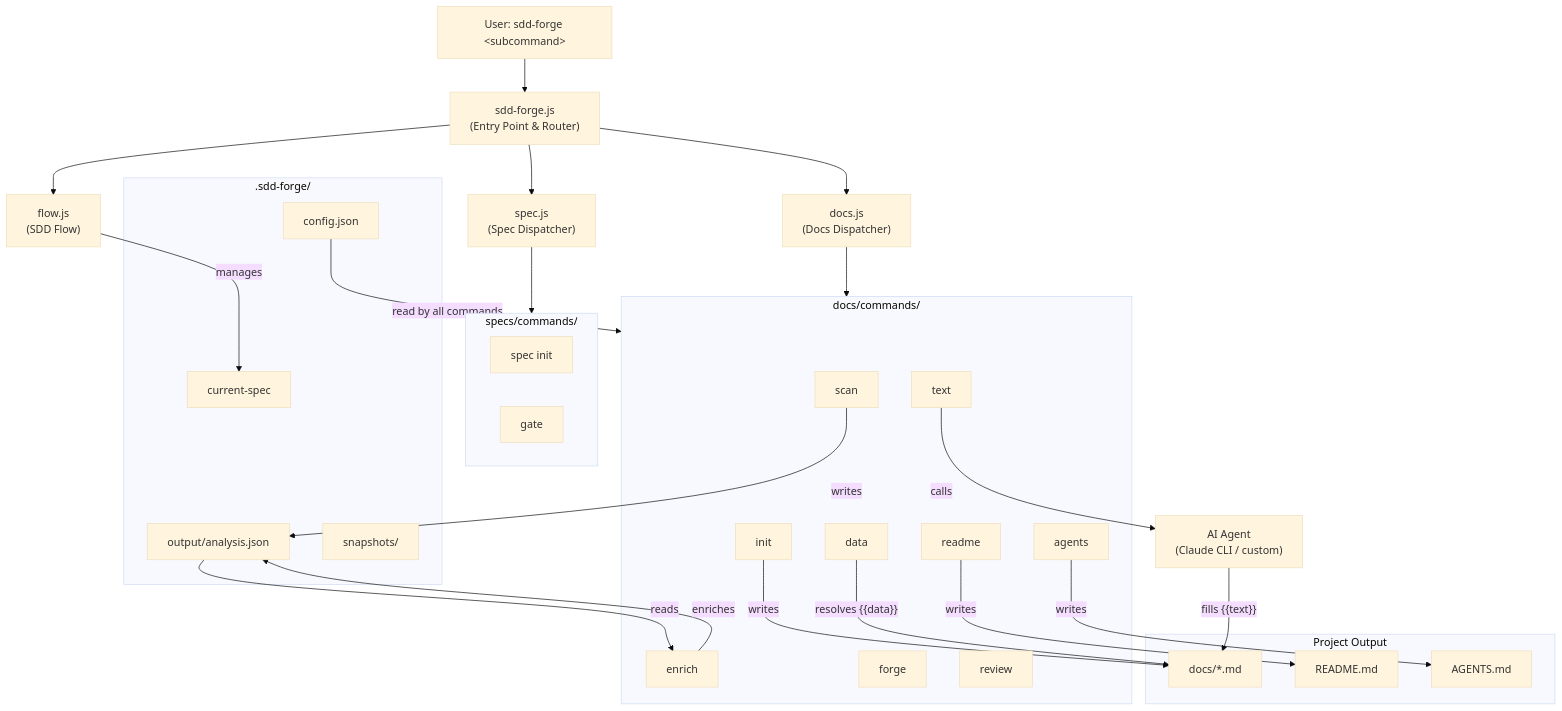
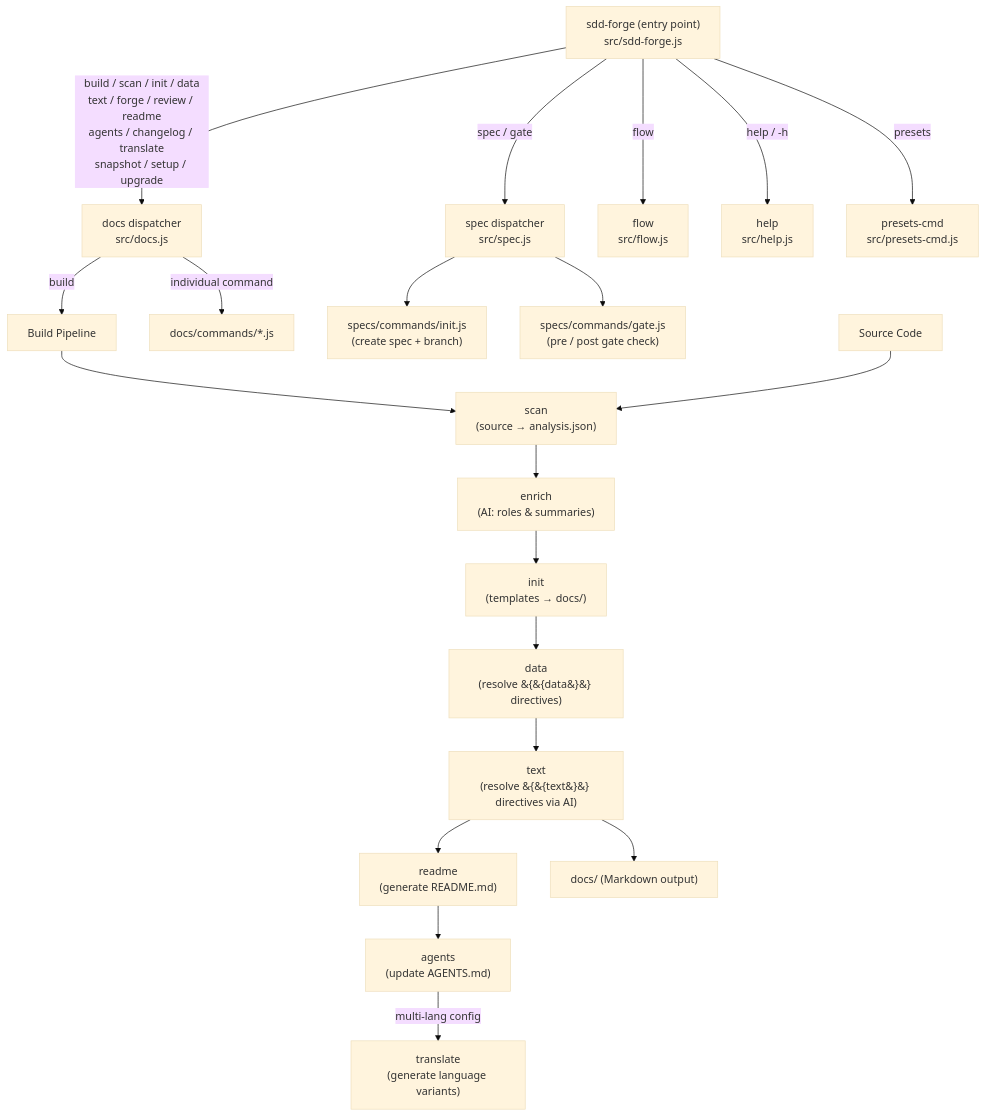
Before and after one commit to SpreadWorks/sdd-forge: the diagram in docs/overview.md, drawn with Mermaid (base theme). The commit also changed other lines of this file and 14 other files, not shown here.

First line of the commit message:
docs: regenerate docs and fix build pipeline description

````diff
--- a/docs/overview.md
+++ b/docs/overview.md
@@ -16,58 +26,28 @@
 ```mermaid
 flowchart TD
-    User["User: sdd-forge &lt;subcommand&gt;"]
-    Entry["sdd-forge.js\n(Entry Point &amp; Router)"]
-    Docs["docs.js\n(Docs Dispatcher)"]
-    Spec["spec.js\n(Spec Dispatcher)"]
-    Flow["flow.js\n(SDD Flow)"]
+    CLI["sdd-forge (entry point)\nsrc/sdd-forge.js"]
 
-    subgraph DocsCmds["docs/commands/"]
-        Scan["scan"]
-        Enrich["enrich"]
-        Init["init"]
-        Data["data"]
-        Text["text"]
-        Readme["readme"]
-        Agents["agents"]
-        Forge["forge"]
-        Review["review"]
-    end
+    CLI -->|"build / scan / init / data\ntext / forge / review / readme\nagents / changelog / translate\nsnapshot / setup / upgrade"| DOCS["docs dispatcher\nsrc/docs.js"]
+    CLI -->|"spec / gate"| SPEC["spec dispatcher\nsrc/spec.js"]
+    CLI -->|"flow"| FLOW["flow\nsrc/flow.js"]
+    CLI -->|"help / -h"| HELP["help\nsrc/help.js"]
+    CLI -->|"presets"| PRESETS["presets-cmd\nsrc/presets-cmd.js"]
 
-    subgraph SpecCmds["specs/commands/"]
-        SpecInit["spec init"]
-        Gate["gate"]
-    end
+    DOCS -->|"build"| PIPELINE["Build Pipeline"]
+    DOCS -->|"individual command"| CMD["docs/commands/*.js"]
 
-    subgraph Storage[".sdd-forge/"]
-        Config["config.json"]
-        Analysis["output/analysis.json"]
-        CurrentSpec["current-spec"]
-        Snapshots["snapshots/"]
-    end
+    PIPELINE --> S1["scan\n(source → analysis.json)"]
+    S1 --> S2["enrich\n(AI: roles & summaries)"]
+    S2 --> S3["init\n(templates → docs/)"]
+    S3 --> S4["data\n(resolve &#123;&#123;data&#125;&#125; directives)"]
+    S4 --> S5["text\n(resolve &#123;&#123;text&#125;&#125; directives via AI)"]
+    S5 --> S6["readme\n(generate README.md)"]
+    S6 --> S7["agents\n(update AGENTS.md)"]
+    S7 -->|"multi-lang config"| S8["translate\n(generate language variants)"]
 
-    subgraph Output["Project Output"]
-        DocsDir["docs/*.md"]
-        ReadmeMd["README.md"]
-        AgentsMd["AGENTS.md"]
-    end
+    SPEC --> INIT["specs/commands/init.js\n(create spec + branch)"]
+    SPEC --> GATE["specs/commands/gate.js\n(pre / post gate check)"]
 
-    AI["AI Agent\n(Claude CLI / custom)"]
-
-    User --> Entry
-    Entry --> Docs
-    Entry --> Spec
-    Entry --> Flow
-    Docs --> DocsCmds
-    Spec --> SpecCmds
-    Scan -->|"writes"| Analysis
-    Analysis -->|"reads"| Enrich
-    Enrich -->|"enriches"| Analysis
-    Init -->|"writes"| DocsDir
-    Data -->|"resolves {{data}}"| DocsDir
-    Text -->|"calls"| AI
-    AI -->|"fills {{text}}"| DocsDir
-    Readme -->|"writes"| ReadmeMd
-    Agents -->|"writes"| AgentsMd
-    Config -->|"read by all commands"| DocsCmds
-    Flow -->|"manages"| CurrentSpec
+    SRC["Source Code"] --> S1
+    S5 --> OUT["docs/ (Markdown output)"]
 ```
````
